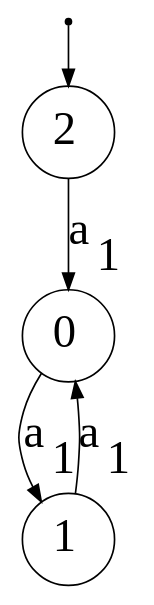
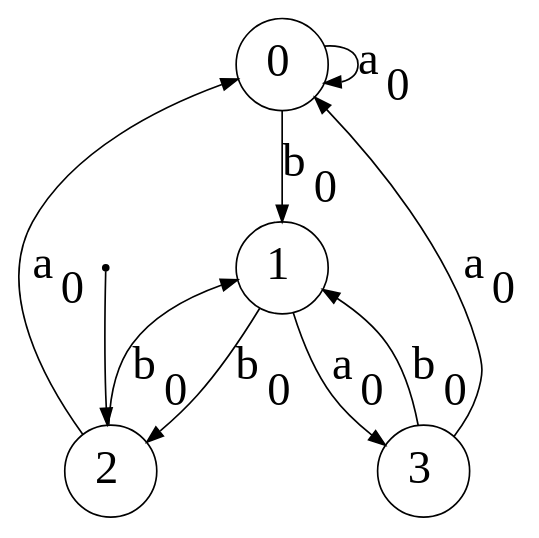
Before and after one commit to Reithger/Finite-State-Machine-Model: the diagram in dotsource.dot, drawn with Graphviz. The commit also changed 2 other files, not shown here.

```diff
--- a/dotsource.dot
+++ b/dotsource.dot
@@ -1,10 +1,16 @@
 digraph G {
 "n0"[label= <0> shape=circle color="black" style=wedged fillcolor="white" style=filled fontsize="28"];
 "n1"[label= <1> shape=circle color="black" style=wedged fillcolor="white" style=filled fontsize="28"];
 "n2"[label= <2> shape=circle color="black" style=wedged fillcolor="white" style=filled fontsize="28"];
 "ArbitraryUnusedNameNoWorriesJustGrooving3"[fontSize=1 shape=point];
+"n3"[label= <3> shape=circle color="black" style=wedged fillcolor="white" style=filled fontsize="28"];
 {"ArbitraryUnusedNameNoWorriesJustGrooving3"}->{"n2"};
-{"n0"}->{"n1"}[label = <a<sub>1</sub>> color="black" arrowhead="normal" style="" fontsize="28"];
-{"n1"}->{"n0"}[label = <a<sub>1</sub>> color="black" arrowhead="normal" style="" fontsize="28"];
-{"n2"}->{"n0"}[label = <a<sub>1</sub>> color="black" arrowhead="normal" style="" fontsize="28"];
+{"n0"}->{"n1"}[label = <b<sub>0</sub>> color="black" arrowhead="normal" style="" fontsize="28"];
+{"n0"}->{"n0"}[label = <a<sub>0</sub>> color="black" arrowhead="normal" style="" fontsize="28"];
+{"n1"}->{"n3"}[label = <a<sub>0</sub>> color="black" arrowhead="normal" style="" fontsize="28"];
+{"n1"}->{"n2"}[label = <b<sub>0</sub>> color="black" arrowhead="normal" style="" fontsize="28"];
+{"n2"}->{"n1"}[label = <b<sub>0</sub>> color="black" arrowhead="normal" style="" fontsize="28"];
+{"n2"}->{"n0"}[label = <a<sub>0</sub>> color="black" arrowhead="normal" style="" fontsize="28"];
+{"n3"}->{"n1"}[label = <b<sub>0</sub>> color="black" arrowhead="normal" style="" fontsize="28"];
+{"n3"}->{"n0"}[label = <a<sub>0</sub>> color="black" arrowhead="normal" style="" fontsize="28"];
 }
```
